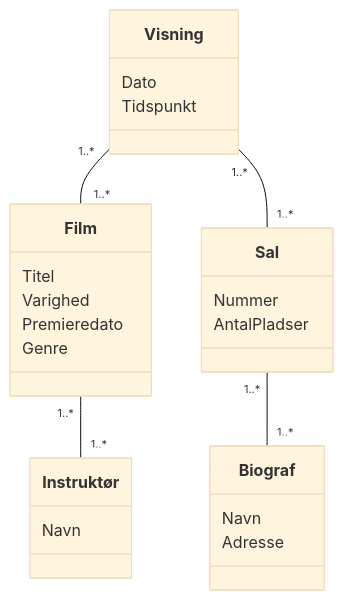
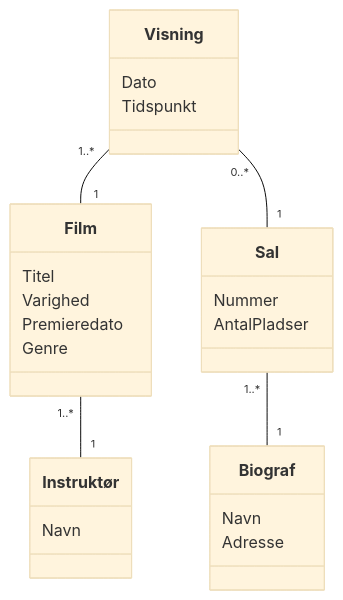
Before and after one commit to DMOoF25/TheMovie: the diagram in docs/DomainModel-sprint2.mmd, drawn with Mermaid (base theme).

Commit message:
Miltiplicitet optimeret

```diff
--- a/docs/DomainModel-sprint2.mmd
+++ b/docs/DomainModel-sprint2.mmd
@@ -1,34 +1,31 @@
 classDiagram
     class Film {
         Titel
         Varighed
         Premieredato
         Genre
     }
 
     class Instruktør {
         Navn
     }
 
     class Biograf {
         Navn
         Adresse
     }
 
     class Sal {
         Nummer
         AntalPladser
     }
 
     class Visning {
         Dato
         Tidspunkt
     }
-
-    
-
    
-    Film "1..*" -- "1..*" Instruktør
-    Visning "1..*" -- "1..*" Film
-    Visning "1..*" -- "1..*" Sal
-    Sal "1..*" -- "1..*" Biograf
+    Film "1..*" -- "1" Instruktør
+    Visning "1..*" -- "1" Film
+    Visning "0..*" -- "1" Sal
+    Sal "1..*" -- "1" Biograf
```
